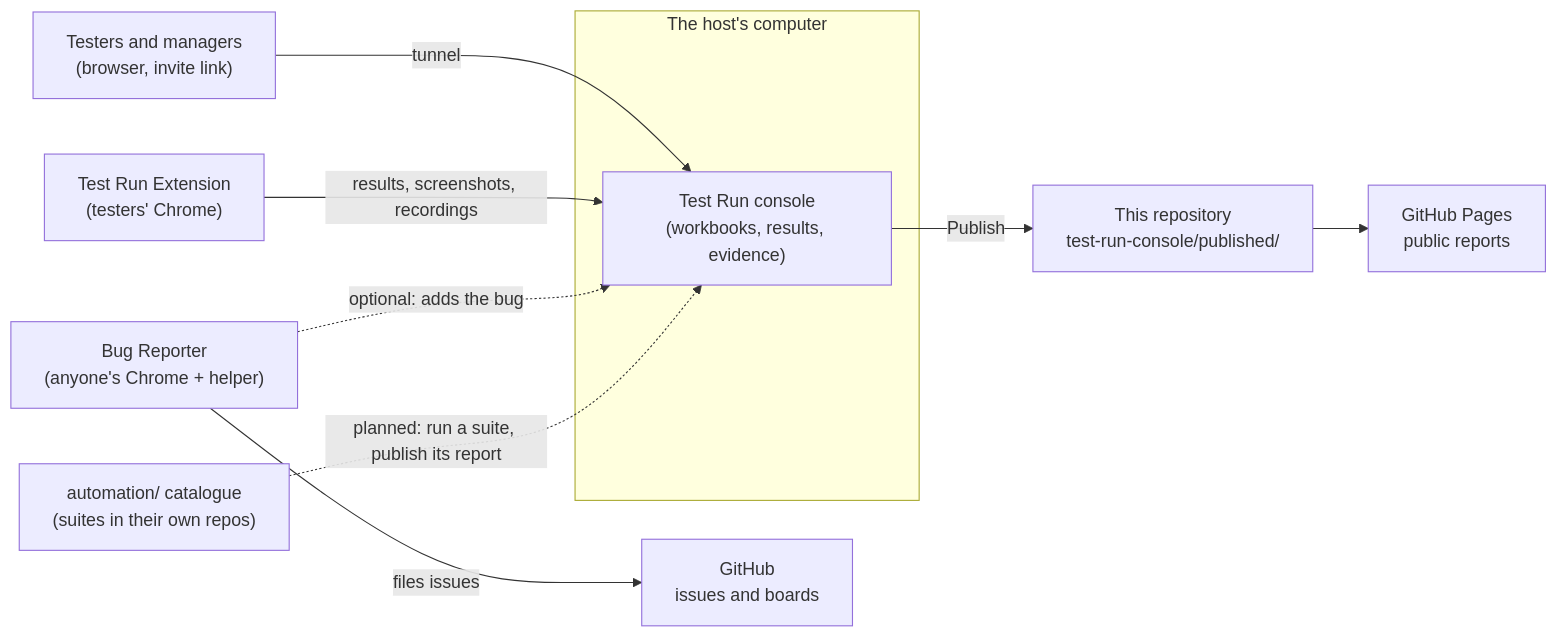
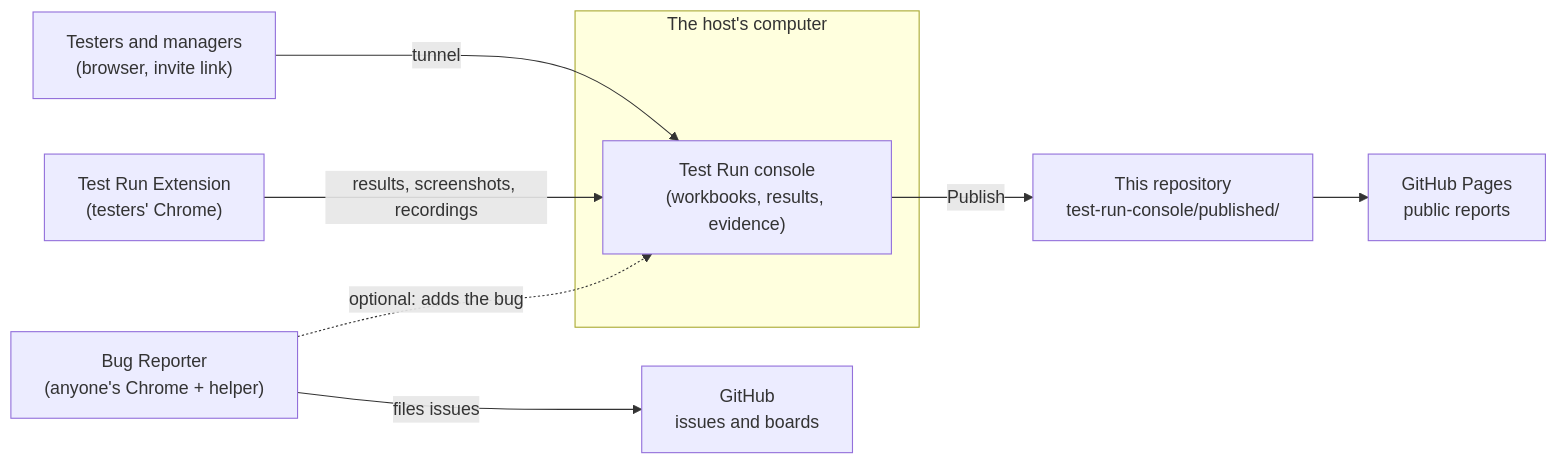
The diagram in README.md (Gurjeet-eGov/Claude-Extensions), drawn with Mermaid before and after one commit. The commit also changed other lines of this file and 21 other files, not shown here.

````diff
--- a/README.md
+++ b/README.md
@@ -21,20 +19,18 @@
 ```mermaid
 flowchart LR
   subgraph host["The host's computer"]
     TR["Test Run console<br/>(workbooks, results, evidence)"]
   end
   TRX["Test Run Extension<br/>(testers' Chrome)"]
   BR["Bug Reporter<br/>(anyone's Chrome + helper)"]
   B["Testers and managers<br/>(browser, invite link)"]
   GH["GitHub<br/>issues and boards"]
   REPO["This repository<br/>test-run-console/published/"]
   PAGES["GitHub Pages<br/>public reports"]
-  AUTO["automation/ catalogue<br/>(suites in their own repos)"]
 
   B -- "tunnel" --> TR
   TRX -- "results, screenshots, recordings" --> TR
   BR -- "files issues" --> GH
   BR -. "optional: adds the bug" .-> TR
   TR -- "Publish" --> REPO --> PAGES
-  AUTO -. "planned: run a suite, publish its report" .-> TR
 ```
````
